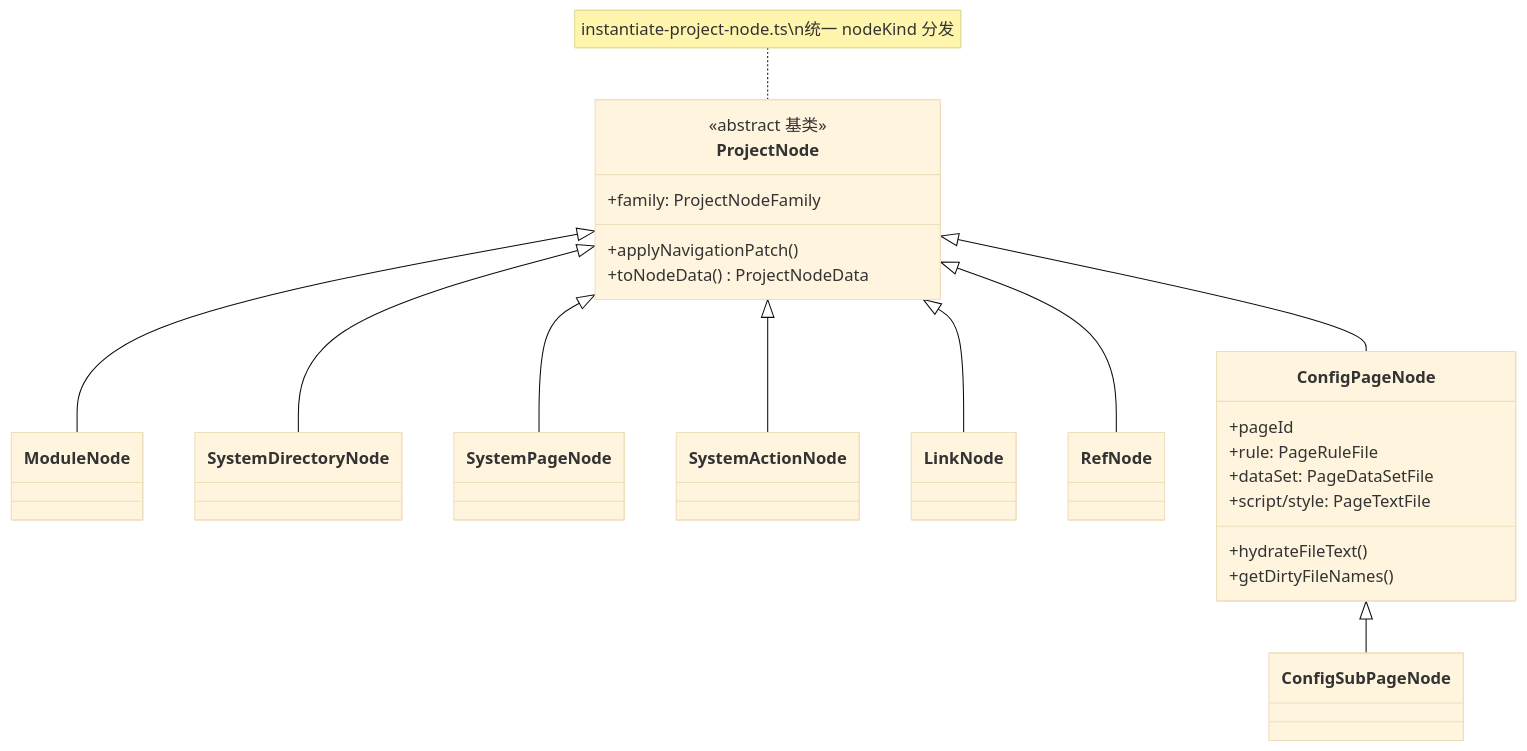
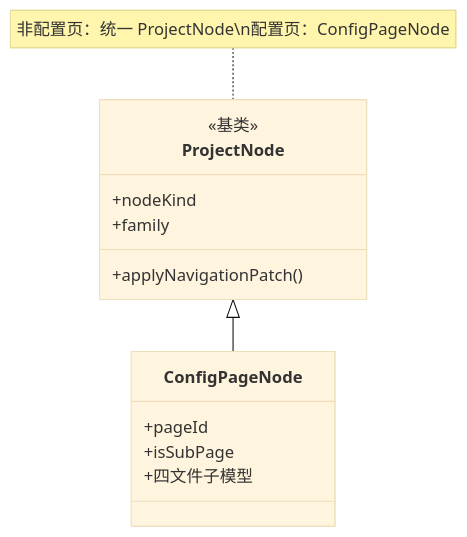
Before and after one commit to LMSpark/spark-view-vue: the first of 5 diagrams in packages/spark-project-model/src/MODEL-HIERARCHY.md, drawn with Mermaid (base theme). The commit also changed other lines of this file and 21 other files, not shown here.

````diff
--- a/packages/spark-project-model/src/MODEL-HIERARCHY.md
+++ b/packages/spark-project-model/src/MODEL-HIERARCHY.md
@@ -116,39 +128,21 @@
 ```mermaid
 classDiagram
   direction TB
 
   class ProjectNode {
-    <<abstract 基类>>
-    +family: ProjectNodeFamily
+    <<基类>>
+    +nodeKind
+    +family
     +applyNavigationPatch()
-    +toNodeData() ProjectNodeData
   }
-
-  class ModuleNode
-  class SystemDirectoryNode
-  class SystemPageNode
-  class SystemActionNode
-  class LinkNode
-  class RefNode
 
   class ConfigPageNode {
     +pageId
-    +rule: PageRuleFile
-    +dataSet: PageDataSetFile
-    +script/style: PageTextFile
-    +hydrateFileText()
-    +getDirtyFileNames()
+    +isSubPage
+    +四文件子模型
   }
-  class ConfigSubPageNode
 
-  ProjectNode <|-- ModuleNode
-  ProjectNode <|-- SystemDirectoryNode
-  ProjectNode <|-- SystemPageNode
-  ProjectNode <|-- SystemActionNode
-  ProjectNode <|-- LinkNode
-  ProjectNode <|-- RefNode
   ProjectNode <|-- ConfigPageNode
-  ConfigPageNode <|-- ConfigSubPageNode
 
-  note for ProjectNode "instantiate-project-node.ts\n统一 nodeKind 分发"
+  note for ProjectNode "非配置页：统一 ProjectNode\n配置页：ConfigPageNode"
 ```
````
